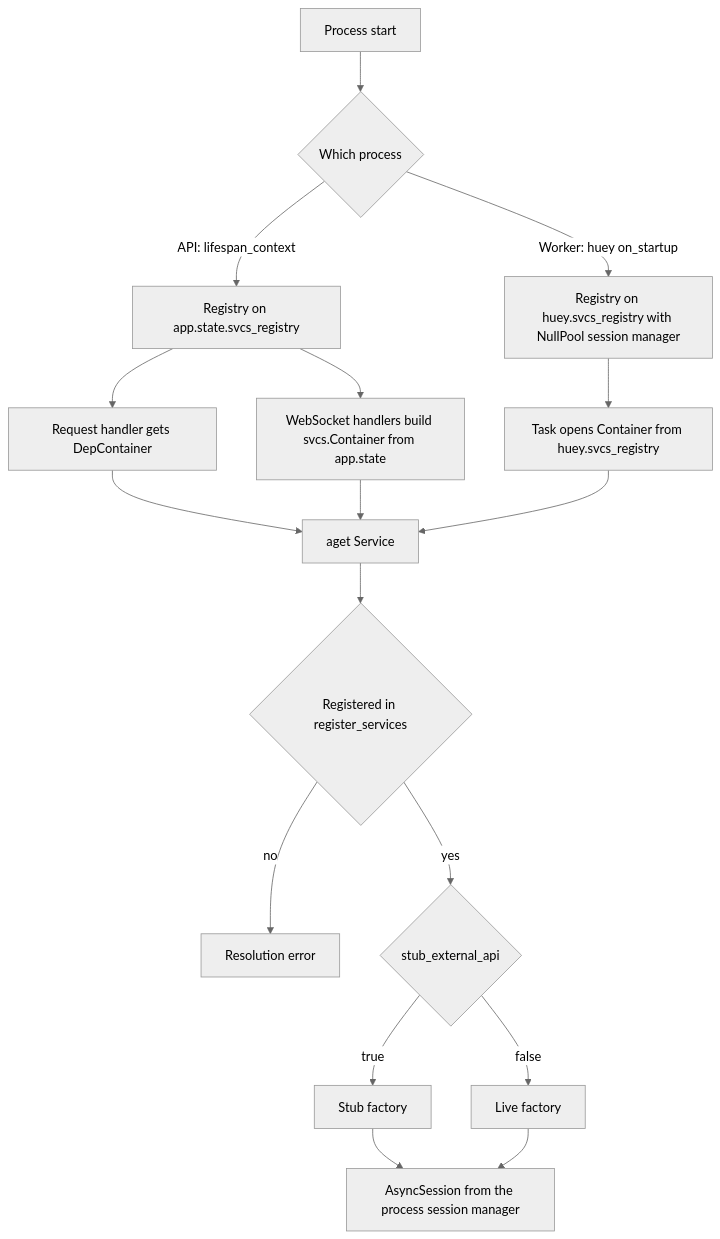
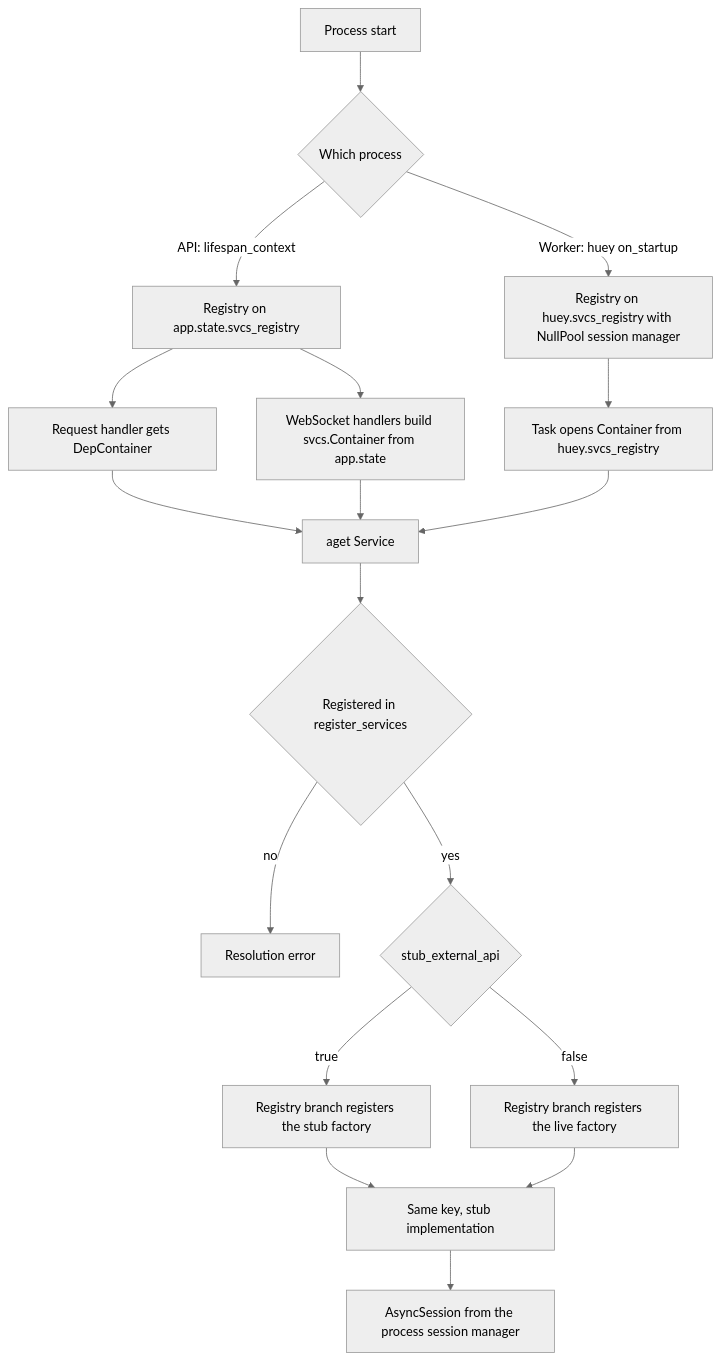
One commit to havekes/retail-portfolio changed the diagram in openwiki/architecture/configuration.md. Above: the diagram before and after it, drawn with Mermaid (neutral theme). The commit also changed other lines of this file and 51 other files, not shown here.

````diff
--- a/openwiki/architecture/configuration.md
+++ b/openwiki/architecture/configuration.md
@@ -174,19 +195,20 @@
 ```mermaid
 flowchart TD
     A["Process start"] --> B{"Which process"}
     B -->|"API: lifespan_context"| C["Registry on app.state.svcs_registry"]
     B -->|"Worker: huey on_startup"| D["Registry on huey.svcs_registry with NullPool session manager"]
     C --> E["Request handler gets DepContainer"]
     C --> F["WebSocket handlers build svcs.Container from app.state"]
     D --> G["Task opens Container from huey.svcs_registry"]
     E --> H["aget Service"]
     F --> H
     G --> H
     H --> I{"Registered in register_services"}
     I -->|"no"| J["Resolution error"]
     I -->|"yes"| K{"stub_external_api"}
-    K -->|"true"| L["Stub factory"]
-    K -->|"false"| M["Live factory"]
-    L --> N["AsyncSession from the process session manager"]
+    K -->|"true"| L["Registry branch registers the stub factory"]
+    K -->|"false"| M["Registry branch registers the live factory"]
+    L --> N["Same key, stub implementation"]
     M --> N
+    N --> O["AsyncSession from the process session manager"]
 ```
````
